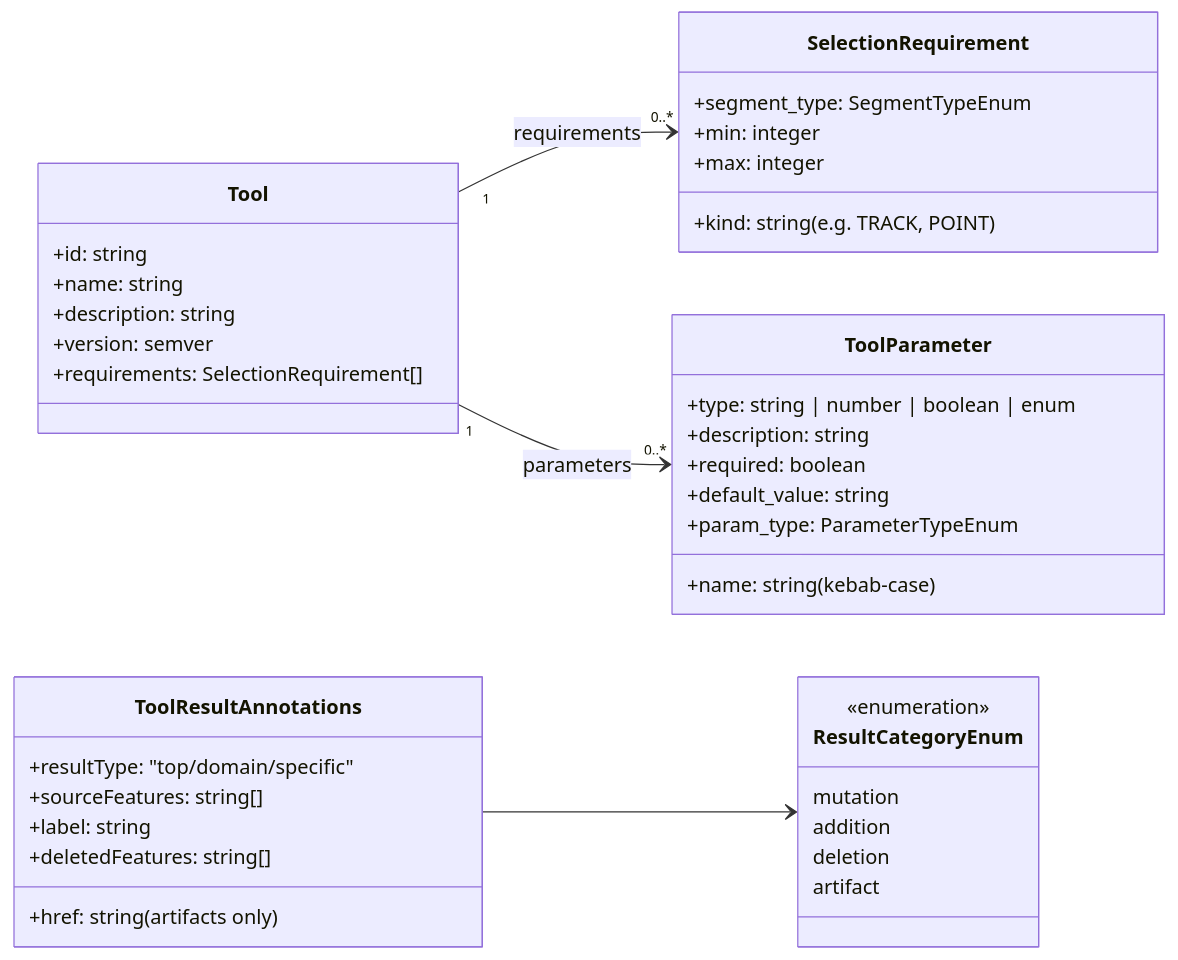
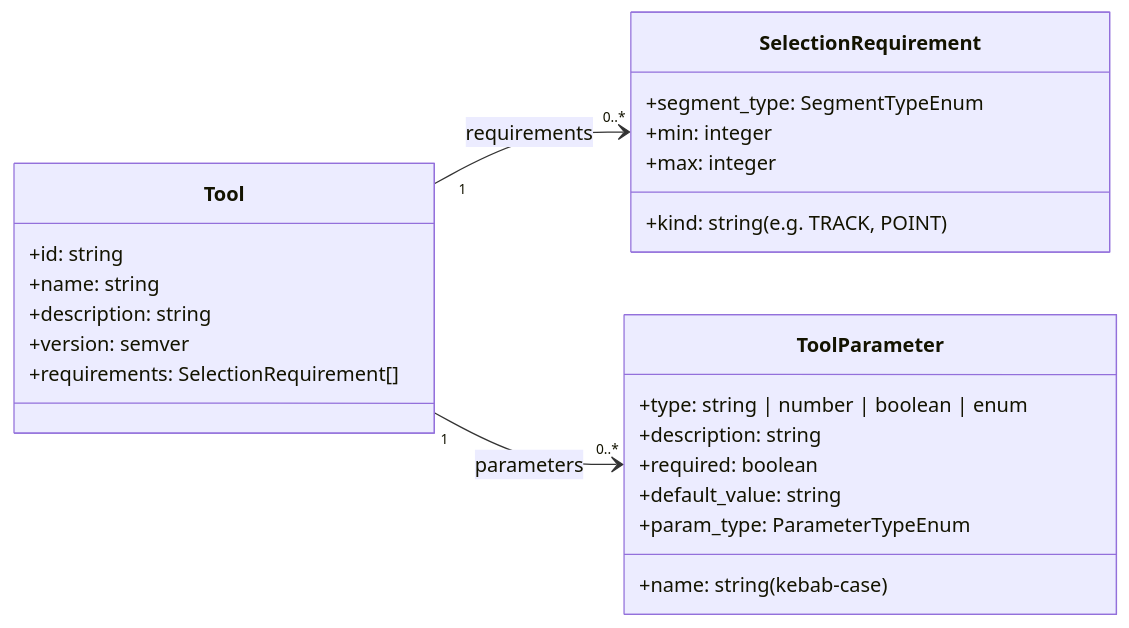
Before and after one commit to debrief/debrief-future: the seventh of 11 diagrams in docs/data-models.md, drawn with Mermaid. The commit also changed other lines of this file, not shown here.

First line of the commit message:
docs: fix consistency issues in data models diagrams

````diff
--- a/docs/data-models.md
+++ b/docs/data-models.md
@@ -543,48 +553,31 @@
 ```mermaid
 classDiagram
     direction LR
 
     class Tool {
         +id: string
         +name: string
         +description: string
         +version: semver
         +requirements: SelectionRequirement[]
     }
 
     class SelectionRequirement {
         +kind: string (e.g. TRACK, POINT)
         +segment_type: SegmentTypeEnum
         +min: integer
         +max: integer
     }
 
     class ToolParameter {
         +name: string (kebab-case)
         +type: string | number | boolean | enum
         +description: string
         +required: boolean
         +default_value: string
         +param_type: ParameterTypeEnum
     }
 
-    class ToolResultAnnotations {
-        +resultType: "top/domain/specific"
-        +sourceFeatures: string[]
-        +label: string
-        +href: string (artifacts only)
-        +deletedFeatures: string[]
-    }
-
-    class ResultCategoryEnum {
-        <<enumeration>>
-        mutation
-        addition
-        deletion
-        artifact
-    }
-
     Tool "1" --> "0..*" SelectionRequirement : requirements
     Tool "1" --> "0..*" ToolParameter : parameters
-    ToolResultAnnotations --> ResultCategoryEnum
 ```
````
